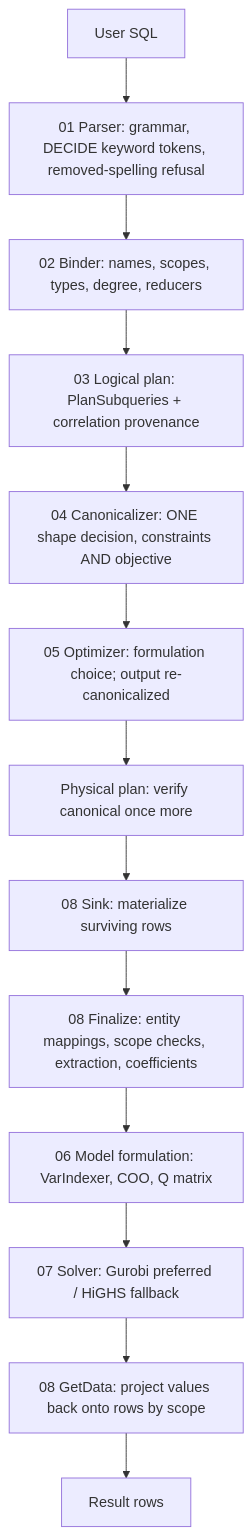
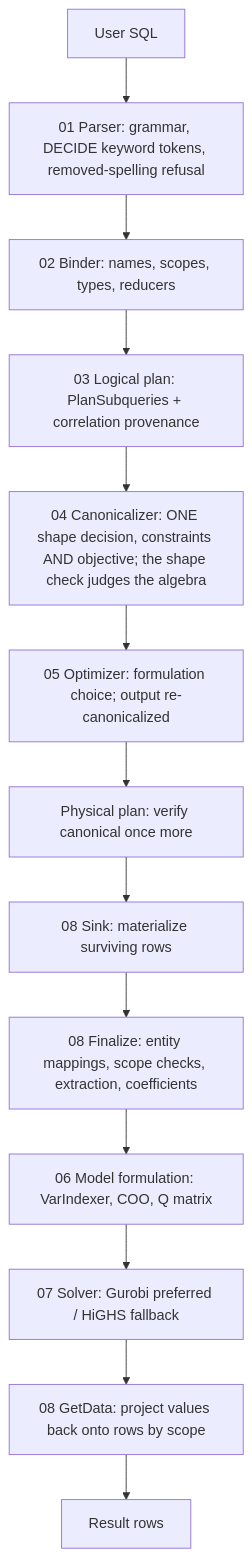
One commit to huda-lab/decidb changed the diagram in context/docs/pipeline/architecture.md. Above: the diagram before and after it, drawn with Mermaid. The commit also changed other lines of this file and 27 other files, not shown here.

Commit message:
docs: CAN-1 closes; the docs describe one product spelling, the shape check, product groups and one model classifier; BUG-46 closes, BUG-50 filed; H-41 records its row-set ruling

````diff
--- a/context/docs/pipeline/architecture.md
+++ b/context/docs/pipeline/architecture.md
@@ -38,15 +38,15 @@
 ```mermaid
 graph TD
     User[User SQL] --> P[01 Parser: grammar, DECIDE keyword tokens, removed-spelling refusal]
-    P --> B[02 Binder: names, scopes, types, degree, reducers]
+    P --> B[02 Binder: names, scopes, types, reducers]
     B --> L[03 Logical plan: PlanSubqueries + correlation provenance]
-    L --> C[04 Canonicalizer: ONE shape decision, constraints AND objective]
+    L --> C[04 Canonicalizer: ONE shape decision, constraints AND objective; the shape check judges the algebra]
     C --> O[05 Optimizer: formulation choice; output re-canonicalized]
     O --> PH[Physical plan: verify canonical once more]
     PH --> S[08 Sink: materialize surviving rows]
     S --> F[08 Finalize: entity mappings, scope checks, extraction, coefficients]
     F --> M[06 Model formulation: VarIndexer, COO, Q matrix]
     M --> SV[07 Solver: Gurobi preferred / HiGHS fallback]
     SV --> R[08 GetData: project values back onto rows by scope]
     R --> Out[Result rows]
 ```
````
